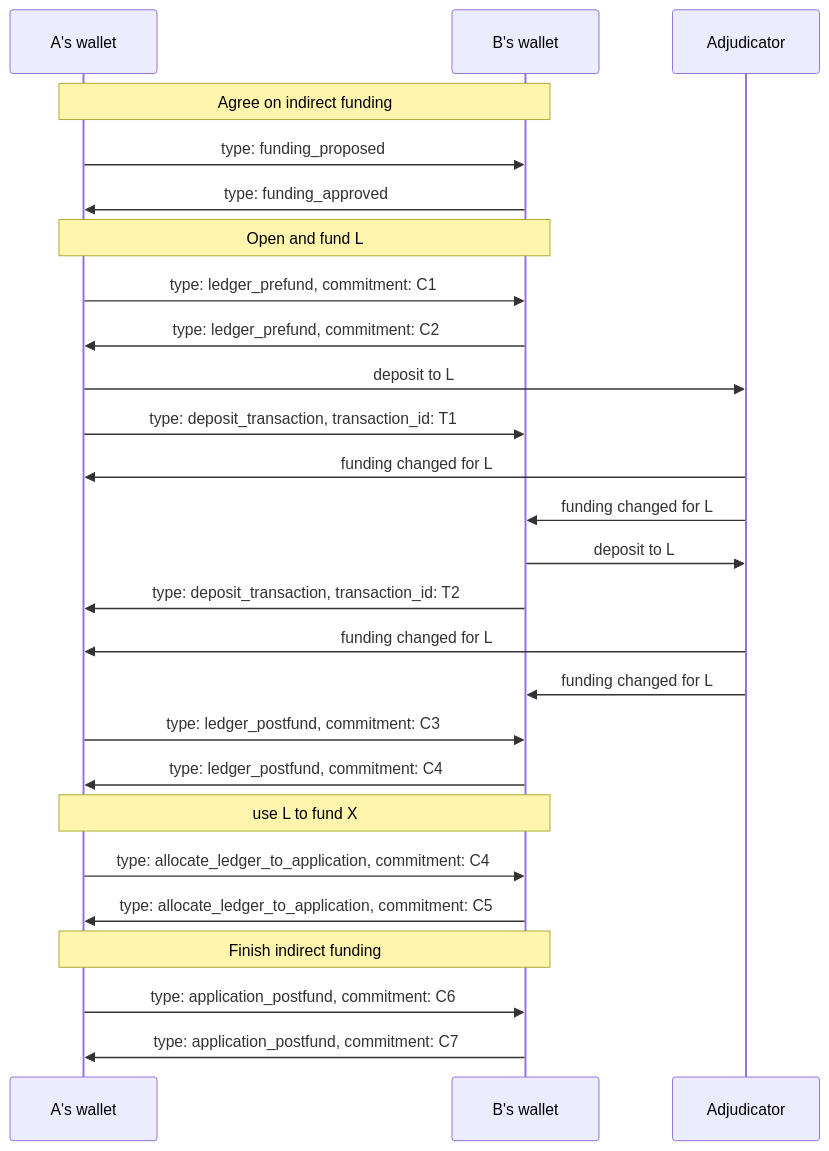
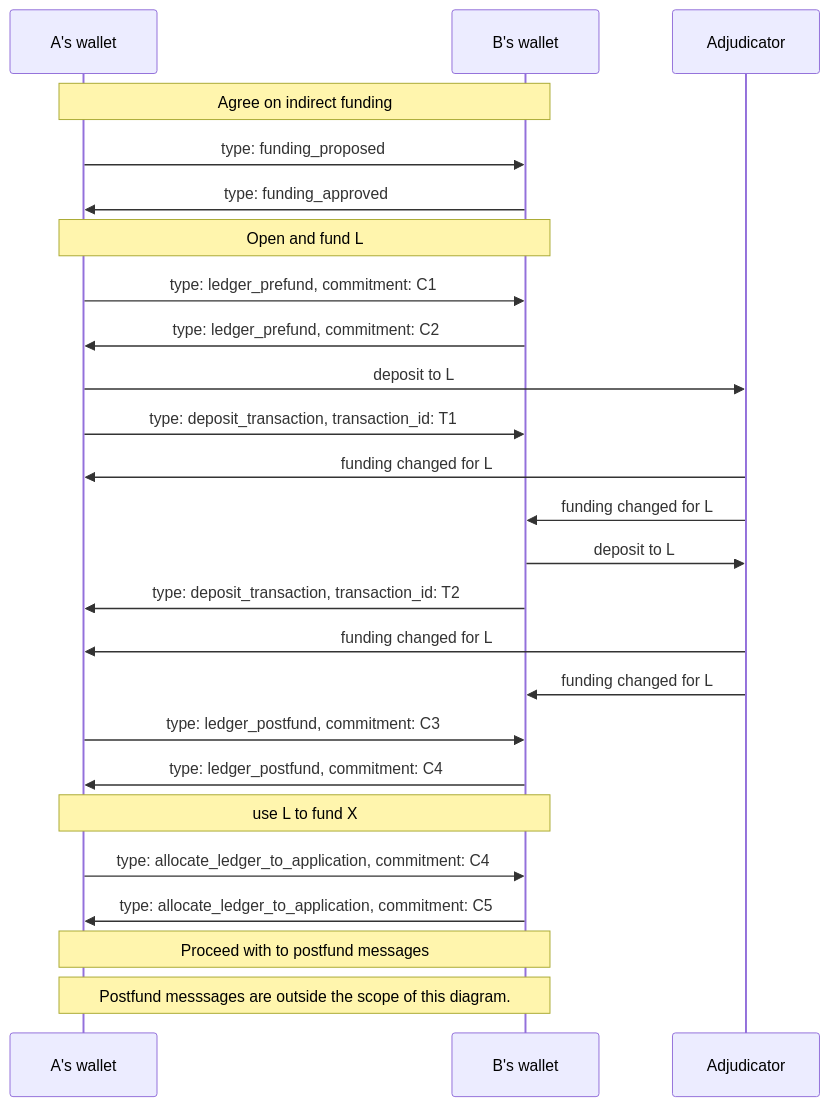
The diagram in packages/wallet/src/redux/indirect-funding/sequence-diagram.md (magmo/apps), drawn with Mermaid before and after one commit.

Commit message:
Remove postfund states

````diff
--- a/packages/wallet/src/redux/indirect-funding/sequence-diagram.md
+++ b/packages/wallet/src/redux/indirect-funding/sequence-diagram.md
@@ -22,29 +22,28 @@
 ```mermaid
 sequenceDiagram
   participant A as A's wallet
   participant B as B's wallet
   participant adj as Adjudicator
 
   Note over A, B: Agree on indirect funding
   A->>B: type: funding_proposed
   B->>A: type: funding_approved
   Note  over A, B: Open and fund L
   A->>B: type: ledger_prefund, commitment: C1
   B->>A: type: ledger_prefund, commitment: C2
   A->>adj: deposit to L
   A->>B: type: deposit_transaction, transaction_id: T1
   adj->>A: funding changed for L
   adj->>B: funding changed for L
   B->>adj: deposit to L
   B->>A: type: deposit_transaction, transaction_id: T2
   adj->>A: funding changed for L
   adj->>B: funding changed for L
   A->>B: type: ledger_postfund, commitment: C3
   B->>A: type: ledger_postfund, commitment: C4
   Note  over A, B: use L to fund X
   A->>B: type: allocate_ledger_to_application, commitment: C4
   B->>A: type: allocate_ledger_to_application, commitment: C5
-  Note  over A, B: Finish indirect funding
-  A->>B: type: application_postfund, commitment: C6
-  B->>A: type: application_postfund, commitment: C7
+  Note  over A, B: Proceed with to postfund messages
+  Note  over A, B: Postfund messsages are outside the scope of this diagram.
 ```
````
